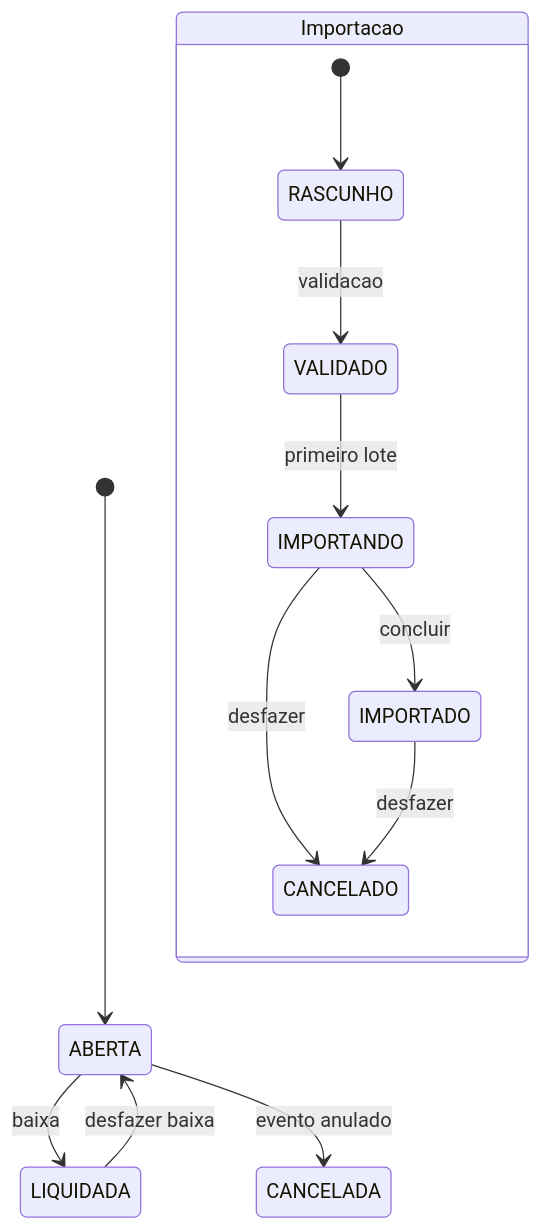
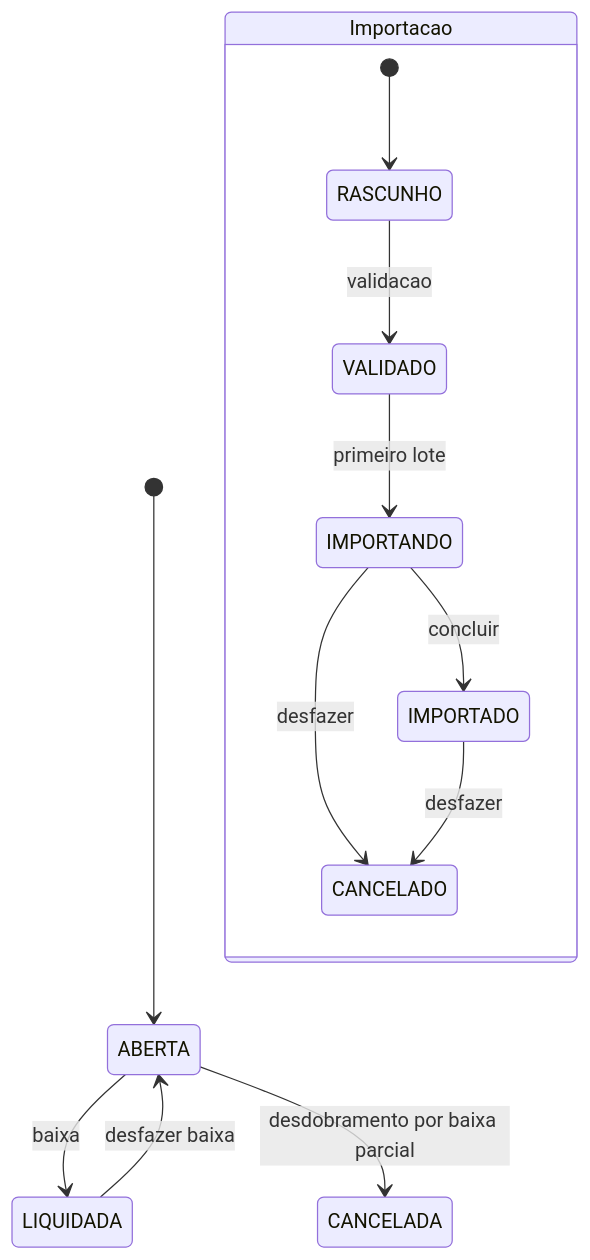
The fifth of 5 diagrams in erp-pecuario/docs/fase-0/04-motor-de-eventos.md (vagnervelho/Meus-experimentos), drawn with Mermaid before and after one commit. The commit also changed other lines of this file and 13 other files, not shown here.

````diff
--- a/erp-pecuario/docs/fase-0/04-motor-de-eventos.md
+++ b/erp-pecuario/docs/fase-0/04-motor-de-eventos.md
@@ -115,15 +115,15 @@
 ```mermaid
 stateDiagram-v2
   [*] --> ABERTA
   ABERTA --> LIQUIDADA: baixa
   LIQUIDADA --> ABERTA: desfazer baixa
-  ABERTA --> CANCELADA: evento anulado
+  ABERTA --> CANCELADA: desdobramento por baixa parcial
   state "Importacao" as IMP {
     [*] --> RASCUNHO
     RASCUNHO --> VALIDADO: validacao
     VALIDADO --> IMPORTANDO: primeiro lote
     IMPORTANDO --> IMPORTADO: concluir
     IMPORTANDO --> CANCELADO: desfazer
     IMPORTADO --> CANCELADO: desfazer
   }
 ```
````
